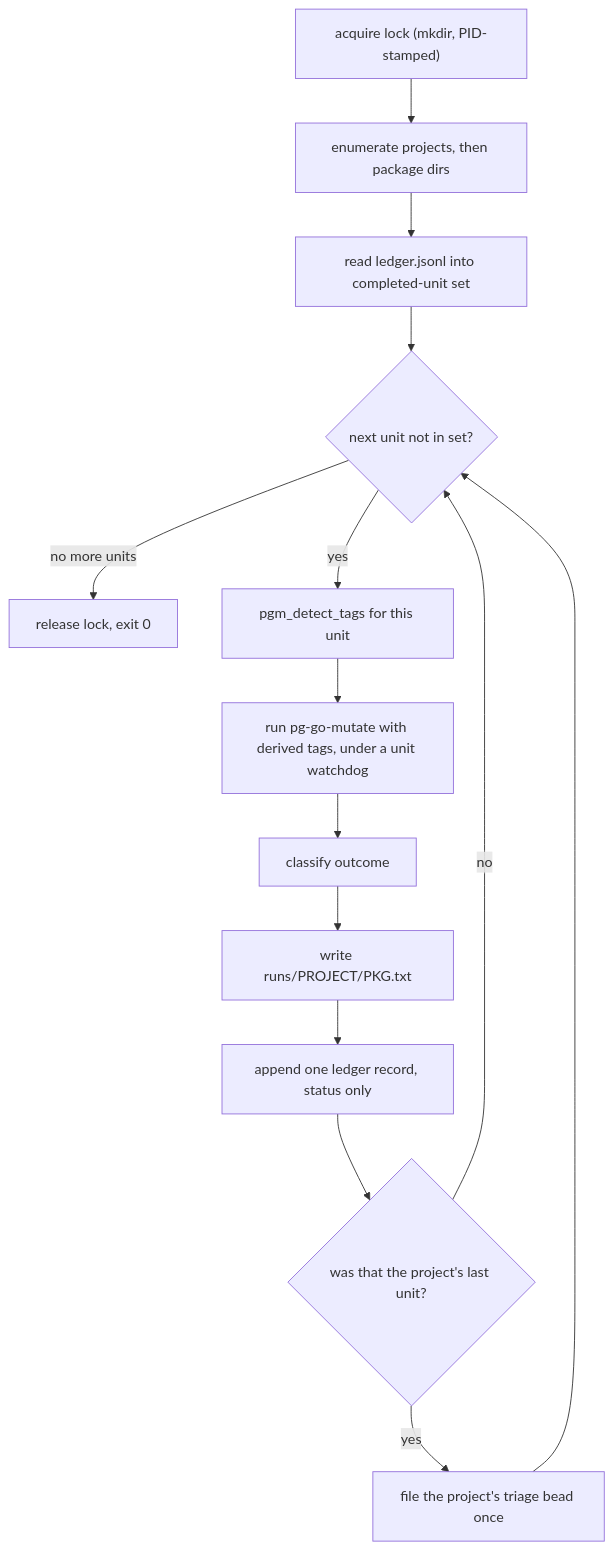
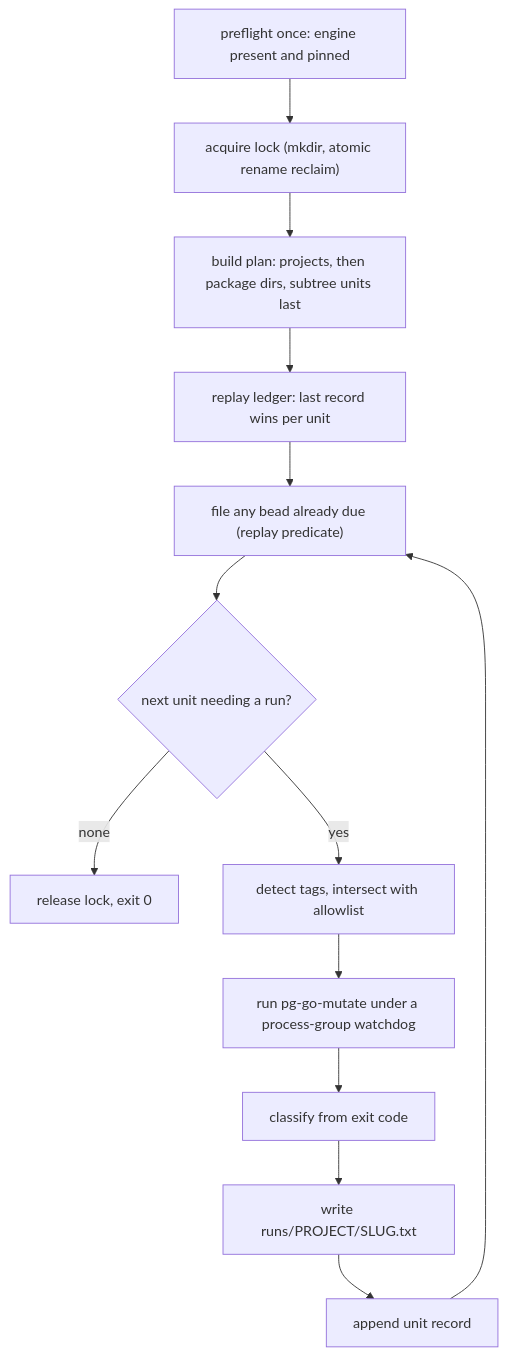
One commit to phillipgreenii/nix-repo-base changed the diagram in docs/superpowers/specs/2026-08-17-pg-go-mutate-sweep-design.md. Above: the diagram before and after it, drawn with Mermaid. The commit also changed other lines of this file, not shown here.

First line of the commit message:
docs(pg-go-mutate): fix the sweep spec against an adversarial review (pg2-l36xv)

````diff
--- a/docs/superpowers/specs/2026-08-17-pg-go-mutate-sweep-design.md
+++ b/docs/superpowers/specs/2026-08-17-pg-go-mutate-sweep-design.md
@@ -83,16 +100,15 @@
 ```mermaid
 flowchart TD
-  A["acquire lock (mkdir, PID-stamped)"] --> B["enumerate projects, then package dirs"]
-  B --> C["read ledger.jsonl into completed-unit set"]
-  C --> D{"next unit not in set?"}
-  D -->|"no more units"| Z["release lock, exit 0"]
-  D -->|"yes"| E["pgm_detect_tags for this unit"]
-  E --> F["run pg-go-mutate with derived tags, under a unit watchdog"]
-  F --> G["classify outcome"]
-  G --> H["write runs/PROJECT/PKG.txt"]
-  H --> I["append one ledger record, status only"]
-  I --> J{"was that the project's last unit?"}
-  J -->|"yes"| K["file the project's triage bead once"]
-  J -->|"no"| D
-  K --> D
+  A["preflight once: engine present and pinned"] --> B["acquire lock (mkdir, atomic rename reclaim)"]
+  B --> C["build plan: projects, then package dirs, subtree units last"]
+  C --> D["replay ledger: last record wins per unit"]
+  D --> E["file any bead already due (replay predicate)"]
+  E --> F{"next unit needing a run?"}
+  F -->|"none"| Z["release lock, exit 0"]
+  F -->|"yes"| G["detect tags, intersect with allowlist"]
+  G --> H["run pg-go-mutate under a process-group watchdog"]
+  H --> I["classify from exit code"]
+  I --> J["write runs/PROJECT/SLUG.txt"]
+  J --> K["append unit record"]
+  K --> E
 ```
````
